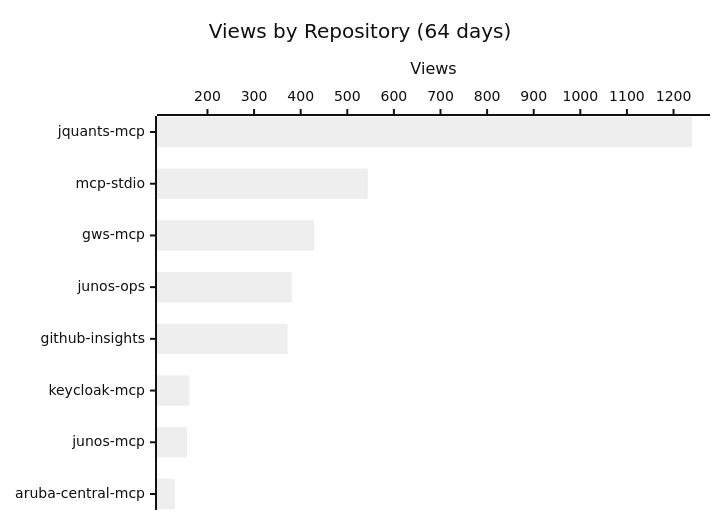
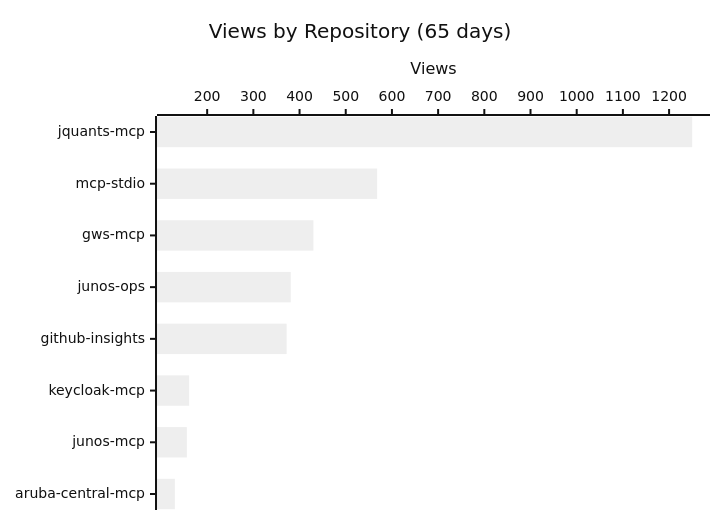
Before and after one commit to shigechika/github-insights: the first of 3 diagrams in README.md, drawn with Mermaid (neutral theme). The commit also changed other lines of this file and 2 other files, not shown here.

````diff
--- a/README.md
+++ b/README.md
@@ -18,7 +18,7 @@
 ```mermaid
 xychart-beta horizontal
-    title "Views by Repository (64 days)"
+    title "Views by Repository (65 days)"
     x-axis ["jquants-mcp", "mcp-stdio", "gws-mcp", "junos-ops", "github-insights", "keycloak-mcp", "junos-mcp", "aruba-central-mcp"]
     y-axis "Views"
-    bar [1240, 544, 429, 381, 372, 161, 156, 130]
+    bar [1250, 568, 430, 381, 372, 161, 156, 130]
 ```
````
